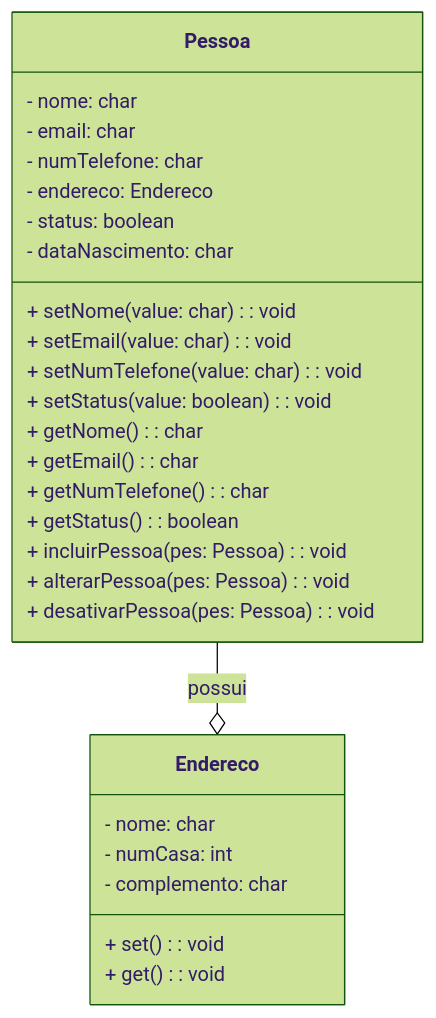
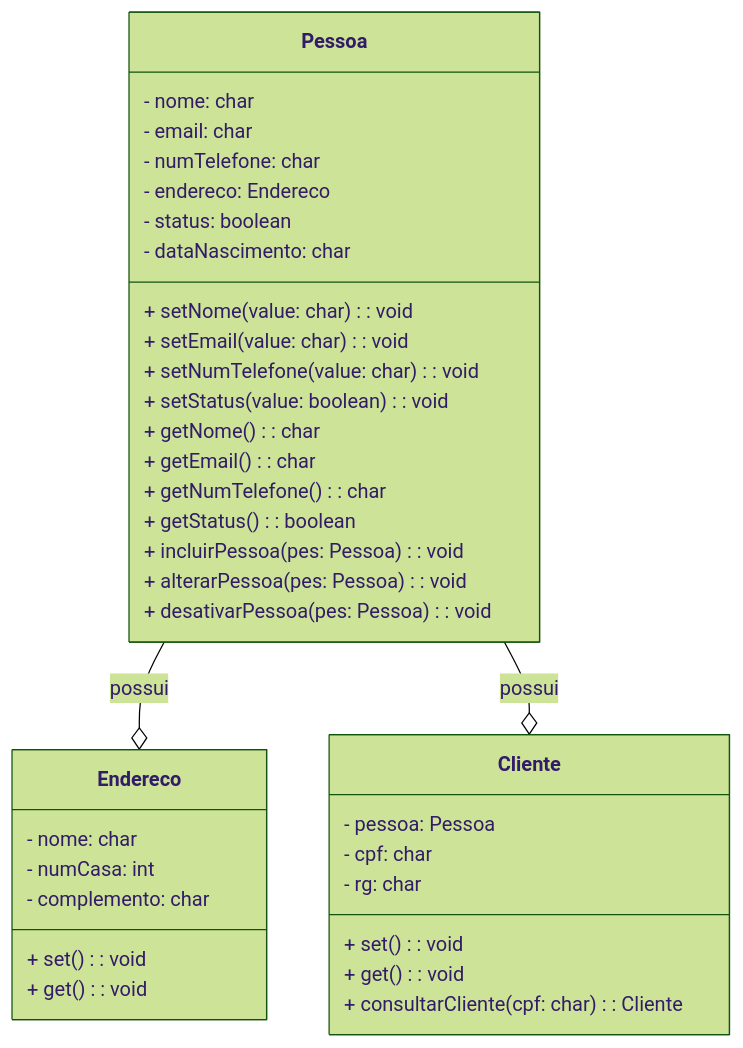
The first of 2 diagrams in doc-modelos.md (melquetrindade/sigQueijaria), drawn with Mermaid (forest theme) before and after one commit.

````diff
--- a/doc-modelos.md
+++ b/doc-modelos.md
@@ -11,34 +11,45 @@
 ```mermaid
 classDiagram
   class Pessoa {
     - nome: char
     - email: char
     - numTelefone: char
     - endereco: Endereco
     - status: boolean
     - dataNascimento: char
     
     + setNome(value: char): void
     + setEmail(value: char): void
     + setNumTelefone(value: char): void
     + setStatus(value: boolean): void
     + getNome(): char
     + getEmail(): char
     + getNumTelefone(): char
     + getStatus(): boolean
     + incluirPessoa(pes: Pessoa): void
     + alterarPessoa(pes: Pessoa): void
     + desativarPessoa(pes: Pessoa): void
   }
 
+  class Cliente {
+    - pessoa: Pessoa
+    - cpf: char
+    - rg: char
+    
+    + set(): void
+    + get(): void
+    + consultarCliente(cpf: char): Cliente
+  }
+
   class Endereco {
     - nome: char
     - numCasa: int
     - complemento: char
     
     + set(): void
     + get(): void
   }
 
   Pessoa --o Endereco : possui
+  Pessoa --o Cliente : possui
 ```
````
